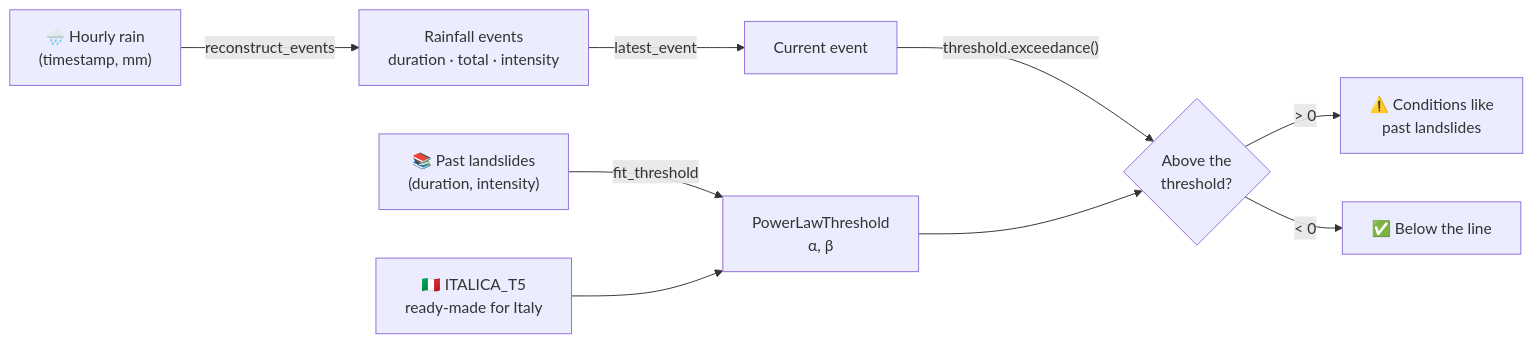
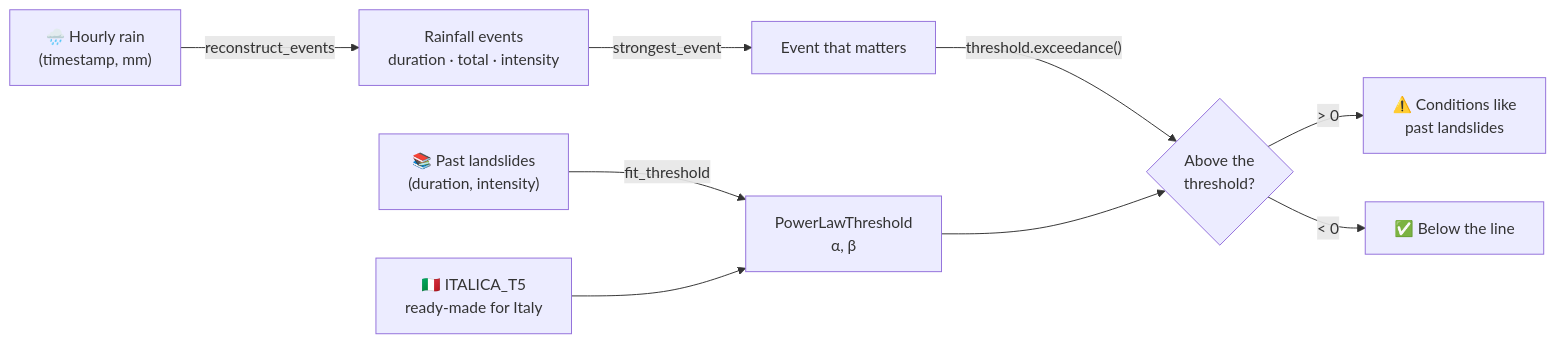
One commit to agent-engineering-studio/rainfall-thresholds changed the diagram in README.md. Above: the diagram before and after it, drawn with Mermaid. The commit also changed other lines of this file and 8 other files, not shown here.

First line of the commit message:
fix: the strongest event, and hours not measured (#6)

````diff
--- a/README.md
+++ b/README.md
@@ -74,12 +84,12 @@
 ```mermaid
 flowchart LR
     A["🌧️ Hourly rain<br/>(timestamp, mm)"] -->|reconstruct_events| B["Rainfall events<br/>duration · total · intensity"]
-    B -->|latest_event| C["Current event"]
+    B -->|strongest_event| C["Event that matters"]
     C -->|"threshold.exceedance()"| D{"Above the<br/>threshold?"}
     D -->|"> 0"| E["⚠️ Conditions like<br/>past landslides"]
     D -->|"< 0"| F["✅ Below the line"]
 
     G["📚 Past landslides<br/>(duration, intensity)"] -->|fit_threshold| H["PowerLawThreshold<br/>α, β"]
     I["🇮🇹 ITALICA_T5<br/>ready-made for Italy"] --> H
     H --> D
 ```
````
